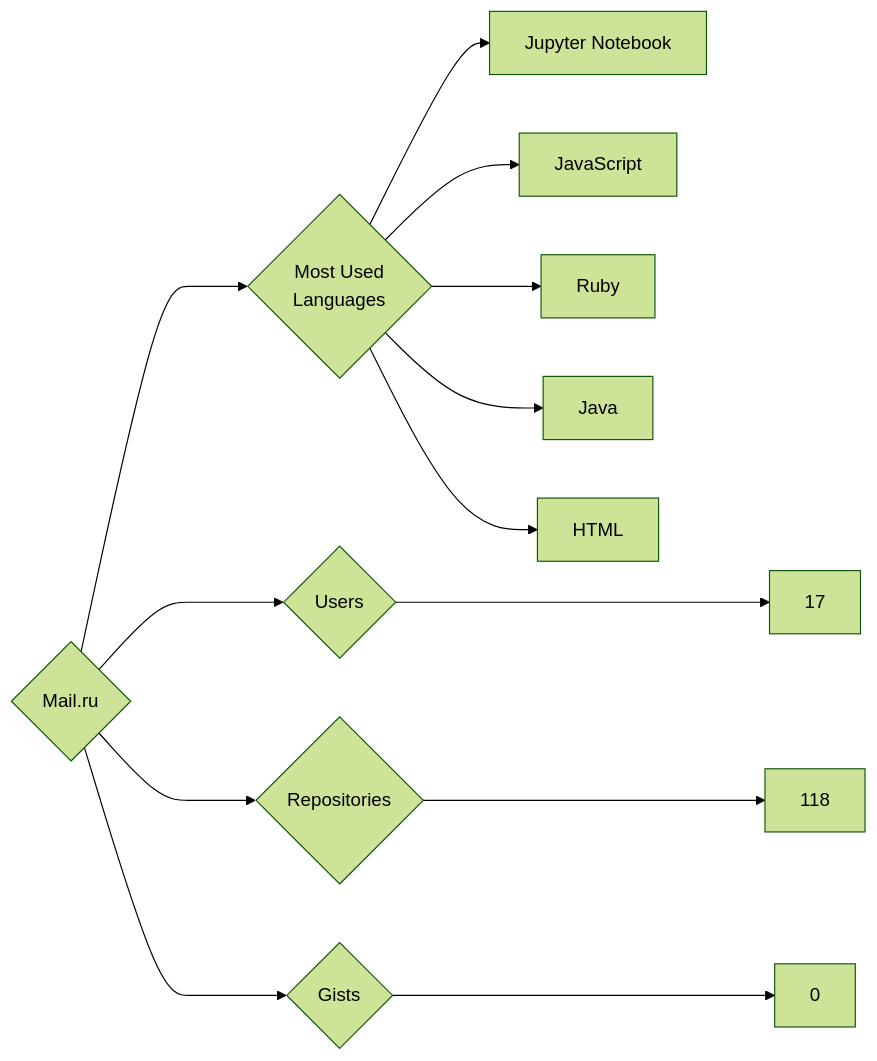
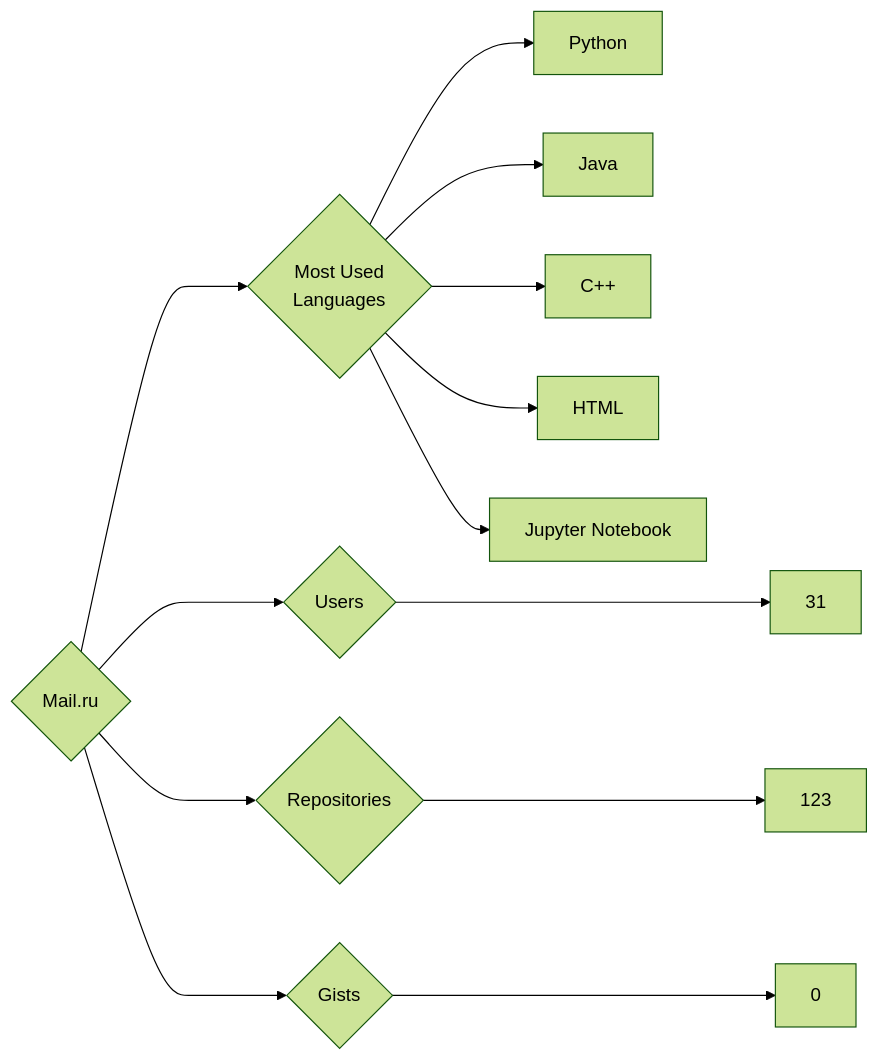
The diagram in targets/Mail.ru/README.md (trickest/insiders), drawn with Mermaid (forest theme) before and after one commit. The commit also changed 934 other files, not shown here.

````diff
--- a/targets/Mail.ru/README.md
+++ b/targets/Mail.ru/README.md
@@ -3,13 +3,13 @@
 ```mermaid
 graph LR
 COMPANY_NAME{Mail.ru}
-COMPANY_NAME ---> U{Users} ---> UN[17]
-COMPANY_NAME ---> R{Repositories} ---> RN[118]
+COMPANY_NAME ---> U{Users} ---> UN[31]
+COMPANY_NAME ---> R{Repositories} ---> RN[123]
 COMPANY_NAME ---> G{Gists} ---> GN[0]
 COMPANY_NAME ---> ML{Most Used<br>Languages}
+ML --> Python[Python]
+ML --> Java[Java]
+ML --> C++[C++]
+ML --> HTML[HTML]
 ML --> Jupyter_Notebook[Jupyter Notebook]
-ML --> JavaScript[JavaScript]
-ML --> Ruby[Ruby]
-ML --> Java[Java]
-ML --> HTML[HTML]
 ```
````
